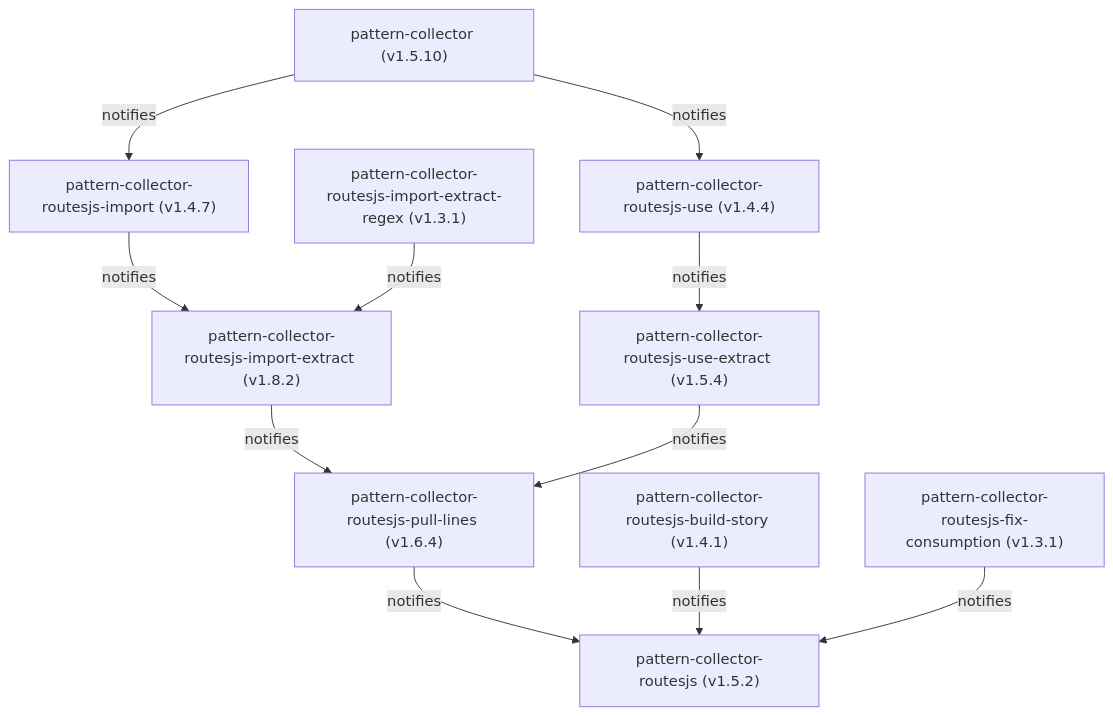
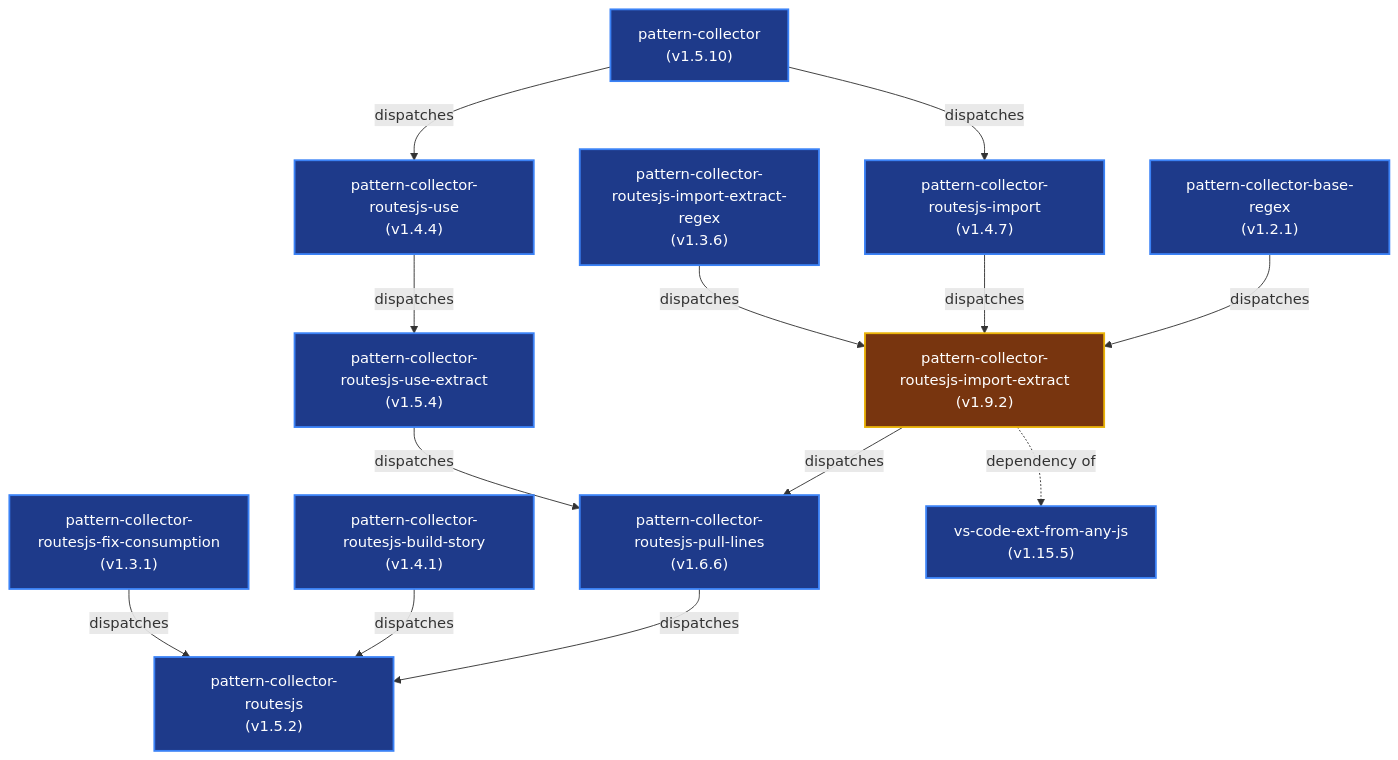
The diagram in repository_analysis.md (keshavsoft/pattern-collector), drawn with Mermaid before and after one commit. The commit also changed other lines of this file and 3 other files, not shown here.

````diff
--- a/repository_analysis.md
+++ b/repository_analysis.md
@@ -11,28 +13,41 @@
 ```mermaid
 graph TD
-    PC["pattern-collector (v1.5.10)"]
-    PCRI["pattern-collector-routesjs-import (v1.4.7)"]
-    PCRU["pattern-collector-routesjs-use (v1.4.4)"]
-    PCRIE["pattern-collector-routesjs-import-extract (v1.8.2)"]
-    PCRIER["pattern-collector-routesjs-import-extract-regex (v1.3.1)"]
-    PCRUE["pattern-collector-routesjs-use-extract (v1.5.4)"]
-    PCRPL["pattern-collector-routesjs-pull-lines (v1.6.4)"]
-    PCR["pattern-collector-routesjs (v1.5.2)"]
-    PCRBS["pattern-collector-routesjs-build-story (v1.4.1)"]
-    PCRFC["pattern-collector-routesjs-fix-consumption (v1.3.1)"]
+    classDef default fill:#1f2937,stroke:#374151,stroke-width:1px,color:#f3f4f6;
+    classDef active fill:#1e3a8a,stroke:#3b82f6,stroke-width:2px,color:#ffffff;
+    classDef ahead fill:#78350f,stroke:#eab308,stroke-width:2px,color:#ffffff;
+    classDef private fill:#3f3f46,stroke:#71717a,stroke-width:2px,color:#ffffff;
 
-    PC -->|notifies| PCRI
-    PC -->|notifies| PCRU
+    %% Nodes
+    PC["pattern-collector<br>(v1.5.10)"]:::active
+    PCBR["pattern-collector-base-regex<br>(v1.2.1)"]:::active
+    PCRI["pattern-collector-routesjs-import<br>(v1.4.7)"]:::active
+    PCRU["pattern-collector-routesjs-use<br>(v1.4.4)"]:::active
+    PCRIER["pattern-collector-routesjs-import-extract-regex<br>(v1.3.6)"]:::active
+    PCRIE["pattern-collector-routesjs-import-extract<br>(v1.9.2)"]:::ahead
+    PCRUE["pattern-collector-routesjs-use-extract<br>(v1.5.4)"]:::active
+    PCRPL["pattern-collector-routesjs-pull-lines<br>(v1.6.6)"]:::active
+    PCRBS["pattern-collector-routesjs-build-story<br>(v1.4.1)"]:::active
+    PCRFC["pattern-collector-routesjs-fix-consumption<br>(v1.3.1)"]:::active
+    PCR["pattern-collector-routesjs<br>(v1.5.2)"]:::active
+    VSC["vs-code-ext-from-any-js<br>(v1.15.5)"]:::active
+
+    %% Trigger Dispatches
+    PC -->|dispatches| PCRI
+    PC -->|dispatches| PCRU
     
-    PCRI -->|notifies| PCRIE
+    PCBR -->|dispatches| PCRIE
+    PCRI -->|dispatches| PCRIE
+    PCRIER -->|dispatches| PCRIE
     
-    PCRIER -->|notifies| PCRIE
-    PCRIE -->|notifies| PCRPL
+    PCRU -->|dispatches| PCRUE
     
-    PCRU -->|notifies| PCRUE
-    PCRUE -->|notifies| PCRPL
+    PCRIE -->|dispatches| PCRPL
+    PCRUE -->|dispatches| PCRPL
     
-    PCRPL -->|notifies| PCR
-    PCRBS -->|notifies| PCR
-    PCRFC -->|notifies| PCR
+    PCRPL -->|dispatches| PCR
+    PCRBS -->|dispatches| PCR
+    PCRFC -->|dispatches| PCR
+
+    %% Dependencies without direct dispatch triggers
+    PCRIE -.->|dependency of| VSC
 ```
````
